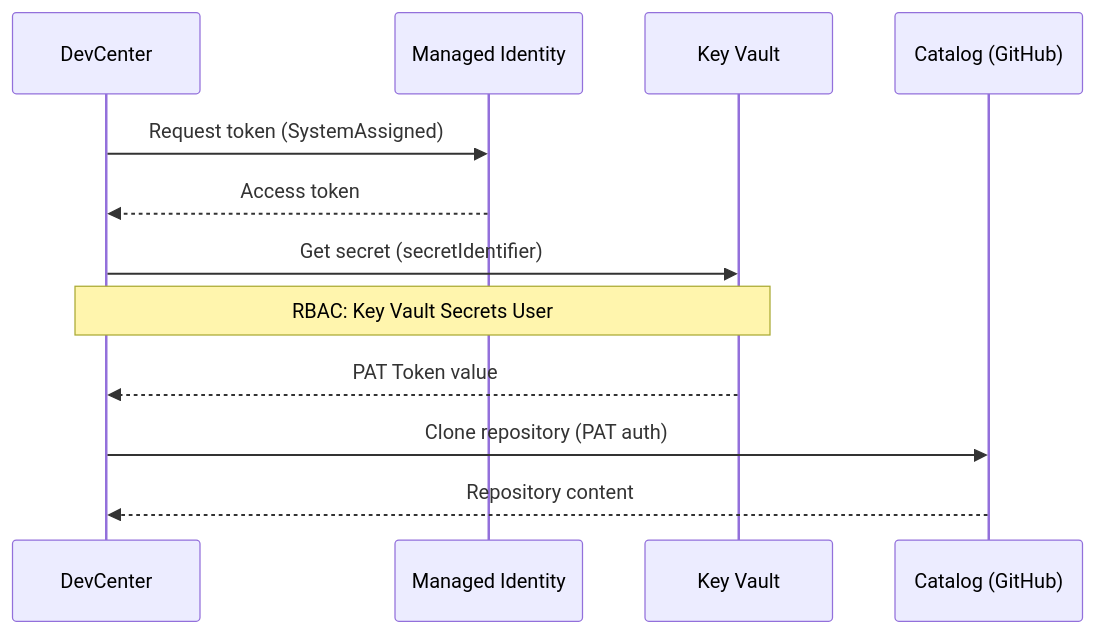
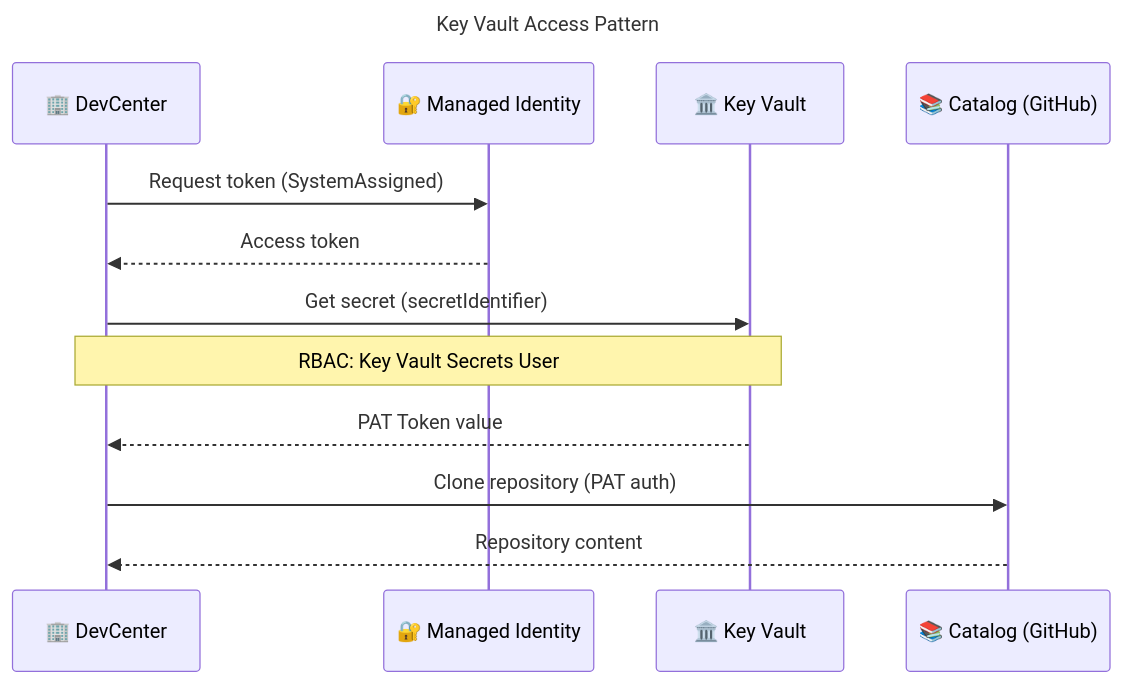
Before and after one commit to Evilazaro/DevExp-DevBox: the fourth of 7 diagrams in docs/architecture/02-data-architecture.md, drawn with Mermaid. The commit also changed other lines of this file and 2 other files, not shown here.

Commit message:
Enhance documentation for architecture files by adding titles to diagrams, improving section titles, and incorporating emojis for better clarity and navigation.

````diff
--- a/docs/architecture/02-data-architecture.md
+++ b/docs/architecture/02-data-architecture.md
@@ -416,15 +455,18 @@
 ```mermaid
+---
+title: Key Vault Access Pattern
+---
 sequenceDiagram
-    participant DC as DevCenter
-    participant MI as Managed Identity
-    participant KV as Key Vault
-    participant CAT as Catalog (GitHub)
+    participant DC as 🏢 DevCenter
+    participant MI as 🔐 Managed Identity
+    participant KV as 🏛️ Key Vault
+    participant CAT as 📚 Catalog (GitHub)
     
     DC->>MI: Request token (SystemAssigned)
     MI-->>DC: Access token
     DC->>KV: Get secret (secretIdentifier)
     Note over DC,KV: RBAC: Key Vault Secrets User
     KV-->>DC: PAT Token value
     DC->>CAT: Clone repository (PAT auth)
     CAT-->>DC: Repository content
 ```
````
